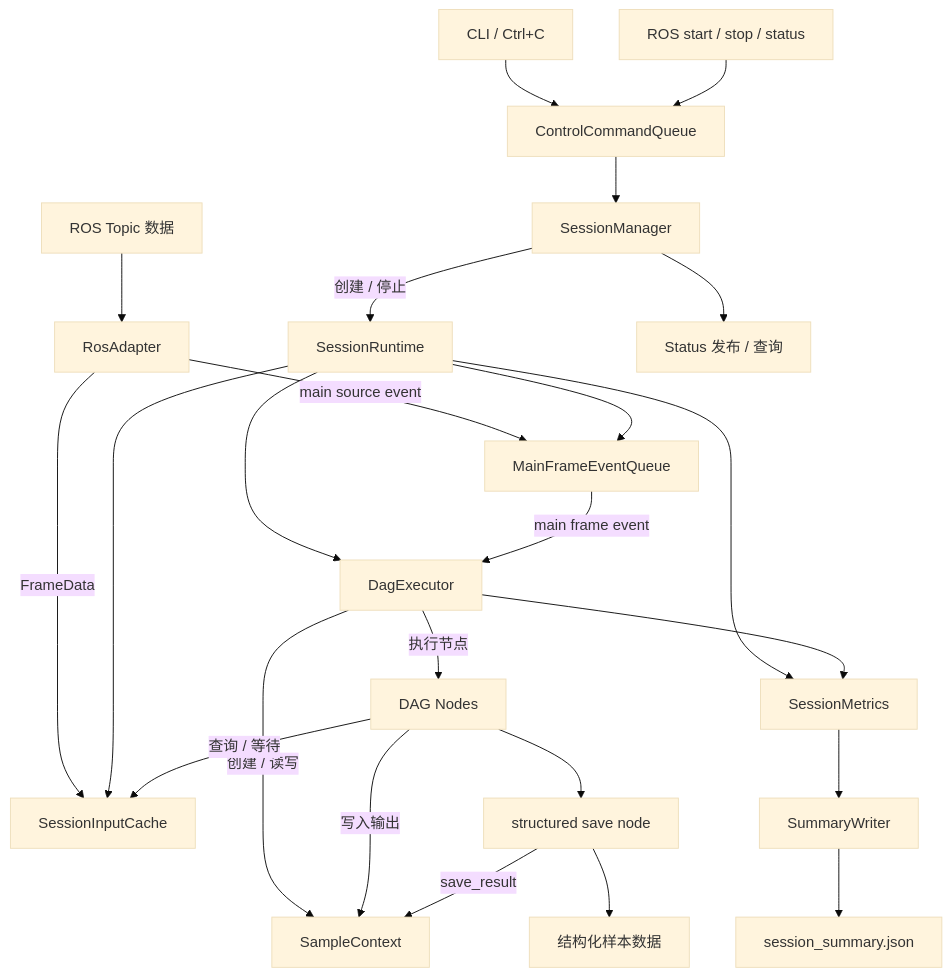
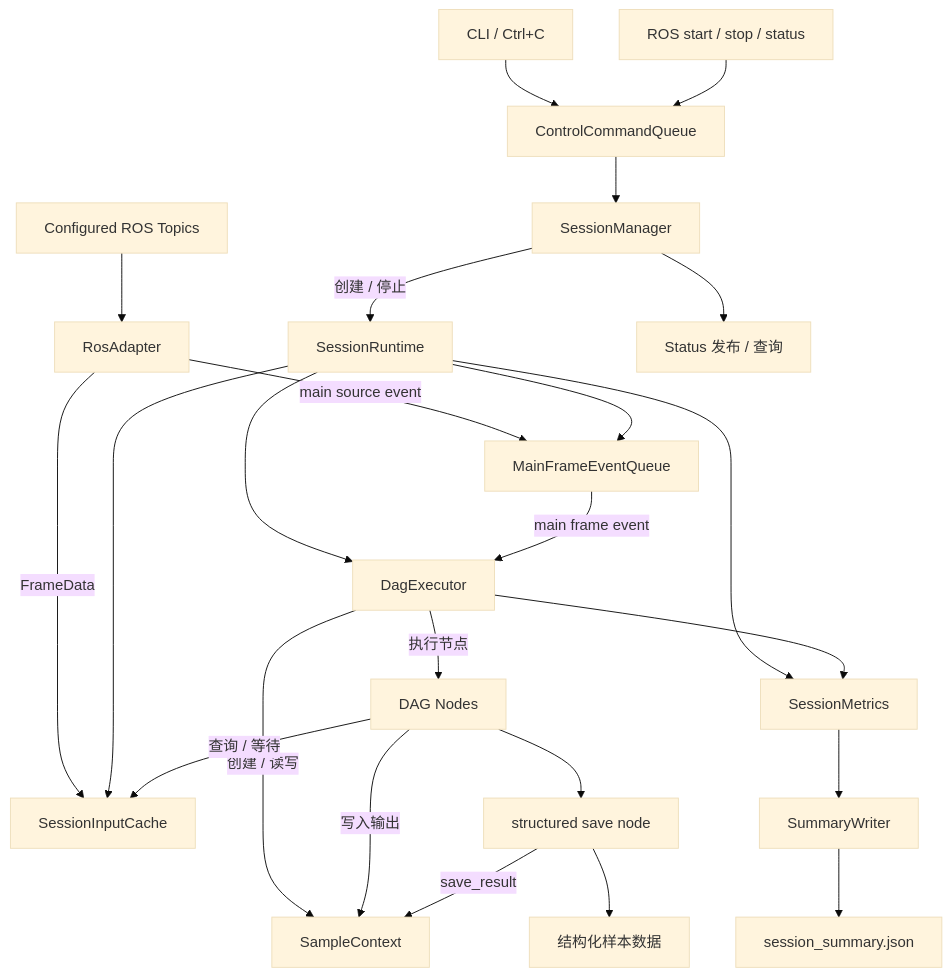
One commit to permanentchange/DataCollectDAG changed the second of 4 diagrams in docs/architecture.md. Above: the diagram before and after it, drawn with Mermaid (base theme). The commit also changed other lines of this file, not shown here.

Commit message:
docs: align architecture with real rosbag topics

````diff
--- a/docs/architecture.md
+++ b/docs/architecture.md
@@ -125,34 +127,34 @@
 ```mermaid
 flowchart TD
     CLI[CLI / Ctrl+C] --> ControlQueue[ControlCommandQueue]
     ROSControl[ROS start / stop / status] --> ControlQueue
 
     ControlQueue --> SessionManager[SessionManager]
 
-    ROSTopics[ROS Topic 数据] --> RosAdapter[RosAdapter]
+    ROSTopics[Configured ROS Topics] --> RosAdapter[RosAdapter]
     RosAdapter -->|FrameData| SessionCache[SessionInputCache]
     RosAdapter -->|main source event| MainFrameQueue[MainFrameEventQueue]
 
     SessionManager -->|创建 / 停止| SessionRuntime[SessionRuntime]
     SessionRuntime --> SessionCache
     SessionRuntime --> MainFrameQueue
     SessionRuntime --> DagExecutor[DagExecutor]
     SessionRuntime --> Metrics[SessionMetrics]
 
     MainFrameQueue -->|main frame event| DagExecutor
 
     DagExecutor -->|创建 / 读写| SampleContext[SampleContext]
     DagExecutor -->|执行节点| Nodes[DAG Nodes]
 
     Nodes -->|查询 / 等待| SessionCache
     Nodes -->|写入输出| SampleContext
     Nodes --> SaveNode[structured save node]
     SaveNode --> Output[结构化样本数据]
 
     SaveNode -->|save_result| SampleContext
     DagExecutor --> Metrics
     Metrics --> SummaryWriter[SummaryWriter]
     SummaryWriter --> Summary[session_summary.json]
 
     SessionManager --> Status[Status 发布 / 查询]
 ```
````
